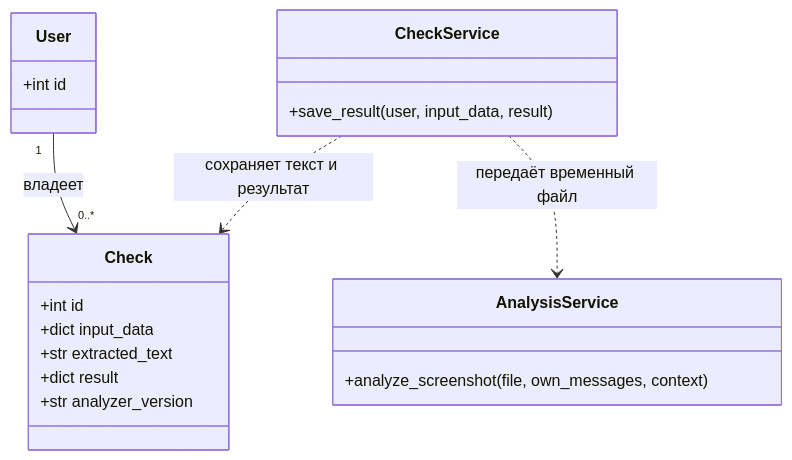
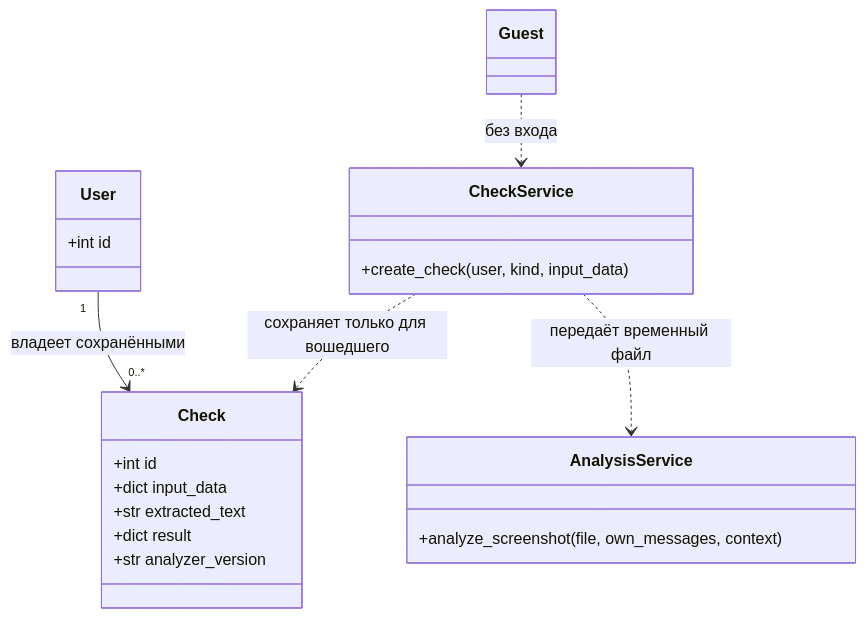
One commit to dzprht/alphago1v changed the tenth of 14 diagrams in kharchenko_diagrams.md. Above: the diagram before and after it, drawn with Mermaid. The commit also changed other lines of this file and 9 other files, not shown here.

````diff
--- a/kharchenko_diagrams.md
+++ b/kharchenko_diagrams.md
@@ -183,22 +207,24 @@
 ```mermaid
 classDiagram
     class User {
         +int id
     }
     class Check {
         +int id
         +dict input_data
         +str extracted_text
         +dict result
         +str analyzer_version
     }
     class AnalysisService {
         +analyze_screenshot(file, own_messages, context)
     }
     class CheckService {
-        +save_result(user, input_data, result)
+        +create_check(user, kind, input_data)
     }
-    User "1" --> "0..*" Check : владеет
+    class Guest
+    User "1" --> "0..*" Check : владеет сохранёнными
+    Guest ..> CheckService : без входа
     CheckService ..> AnalysisService : передаёт временный файл
-    CheckService ..> Check : сохраняет текст и результат
+    CheckService ..> Check : сохраняет только для вошедшего
 ```
````
